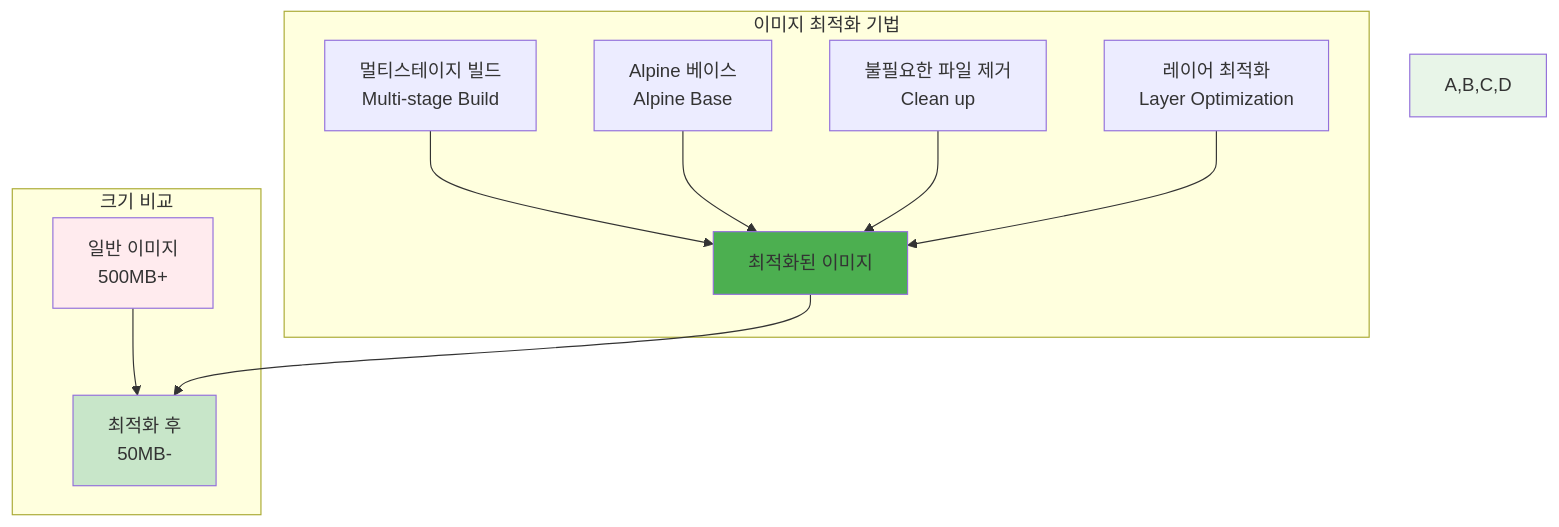
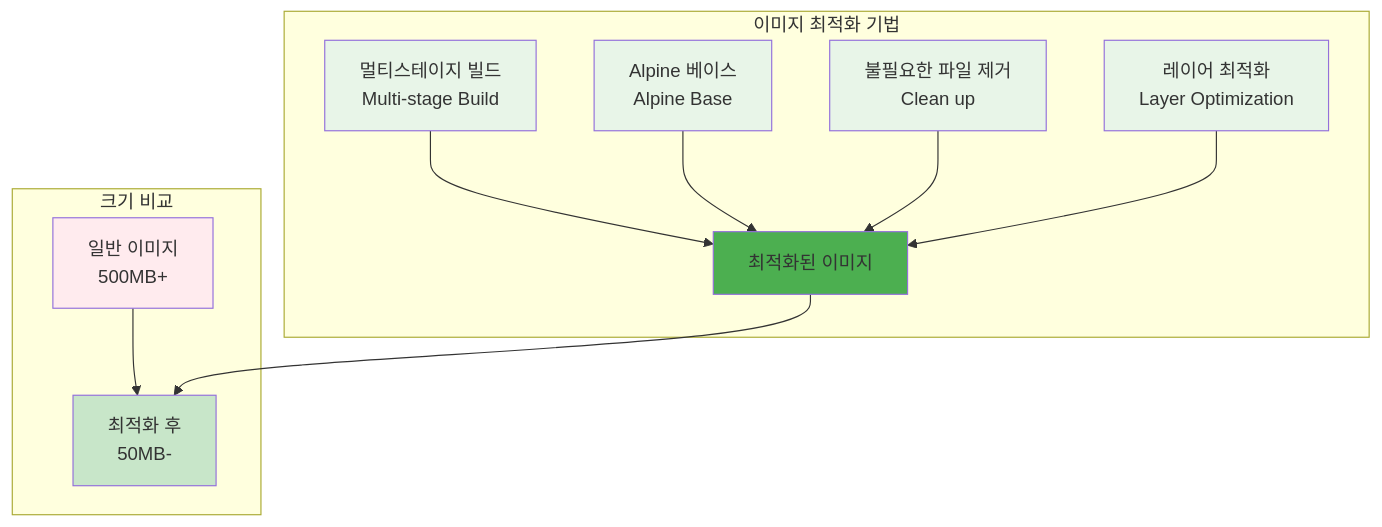
The fourth of 10 diagrams in theory/week_02/day3/README_corrected.md (niceguy61/kdt_devops_lecture_2025), drawn with Mermaid before and after one commit. The commit also changed other lines of this file and 12 other files, not shown here.

Commit message:
mermaid 수정

````diff
--- a/theory/week_02/day3/README_corrected.md
+++ b/theory/week_02/day3/README_corrected.md
@@ -196,20 +204,23 @@
 ```mermaid
 graph TB
     subgraph "이미지 최적화 기법"
         A[멀티스테이지 빌드<br/>Multi-stage Build] --> E[최적화된 이미지]
         B[Alpine 베이스<br/>Alpine Base] --> E
         C[불필요한 파일 제거<br/>Clean up] --> E
         D[레이어 최적화<br/>Layer Optimization] --> E
     end
     
     subgraph "크기 비교"
         F[일반 이미지<br/>500MB+] --> G[최적화 후<br/>50MB-]
     end
     
     E --> G
     
-    style A,B,C,D fill:#e8f5e8
+    style A fill:#e8f5e8
+    style B fill:#e8f5e8
+    style C fill:#e8f5e8
+    style D fill:#e8f5e8
     style E fill:#4caf50
     style F fill:#ffebee
     style G fill:#c8e6c9
 ```
````
